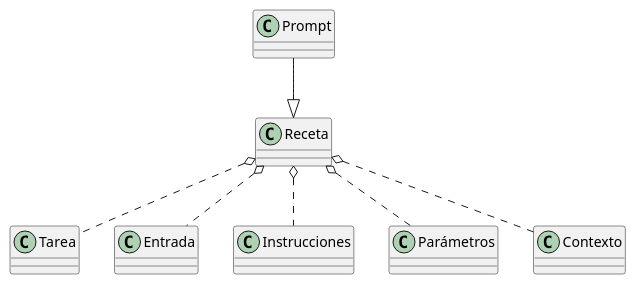
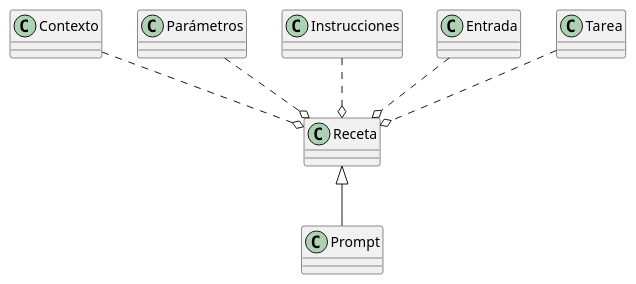
The diagram in modelosUML/promptRecetaComponentes.puml (mmasias/ai-prompts), drawn with PlantUML before and after one commit. The commit also changed 1 other file, not shown here.

```diff
--- a/modelosUML/promptRecetaComponentes.puml
+++ b/modelosUML/promptRecetaComponentes.puml
@@ -1,8 +1,8 @@
 
-    Prompt --|> Receta
+    Prompt -u-|> Receta
 
-    Receta o.. Tarea
-    Receta o.. Entrada
-    Receta o.. Instrucciones
-    Receta o.. Parámetros
-    Receta o.. Contexto
+    Receta o.u. Tarea
+    Receta o.u. Entrada
+    Receta o.u. Instrucciones
+    Receta o.u. Parámetros
+    Receta o.u. Contexto
```
